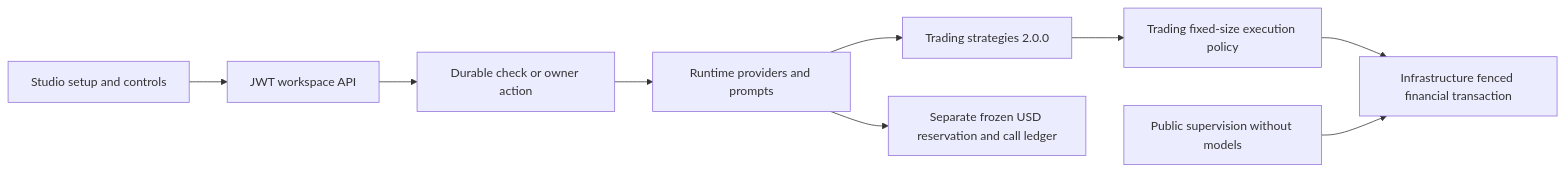
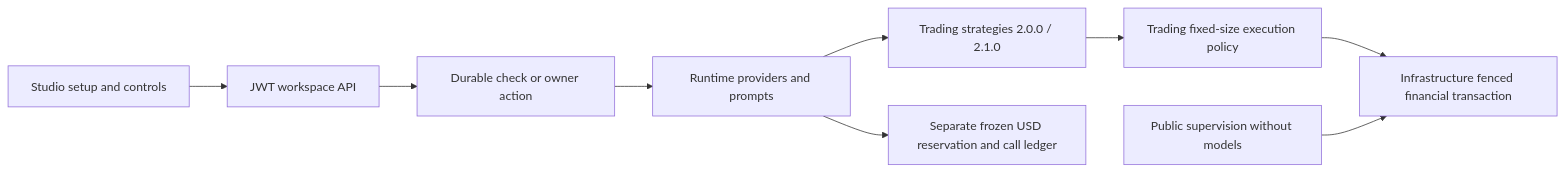
Before and after one commit to Picklerfun/pickler: the third of 3 diagrams in docs/trading-architecture.md, drawn with Mermaid. The commit also changed other lines of this file, not shown here.

Commit message:
docs(perpl): add dynamic-market support in trading-architecture.md

````diff
--- a/docs/trading-architecture.md
+++ b/docs/trading-architecture.md
@@ -111,11 +111,11 @@
 ```mermaid
 flowchart LR
   Studio[Studio setup and controls] --> API[JWT workspace API]
   API --> Queue[Durable check or owner action]
   Queue --> Runtime[Runtime providers and prompts]
-  Runtime --> Strategy[Trading strategies 2.0.0]
+  Runtime --> Strategy[Trading strategies 2.0.0 / 2.1.0]
   Strategy --> Policy[Trading fixed-size execution policy]
   Policy --> Ledger[Infrastructure fenced financial transaction]
   Runtime --> Costs[Separate frozen USD reservation and call ledger]
   Public[Public supervision without models] --> Ledger
 ```
````
